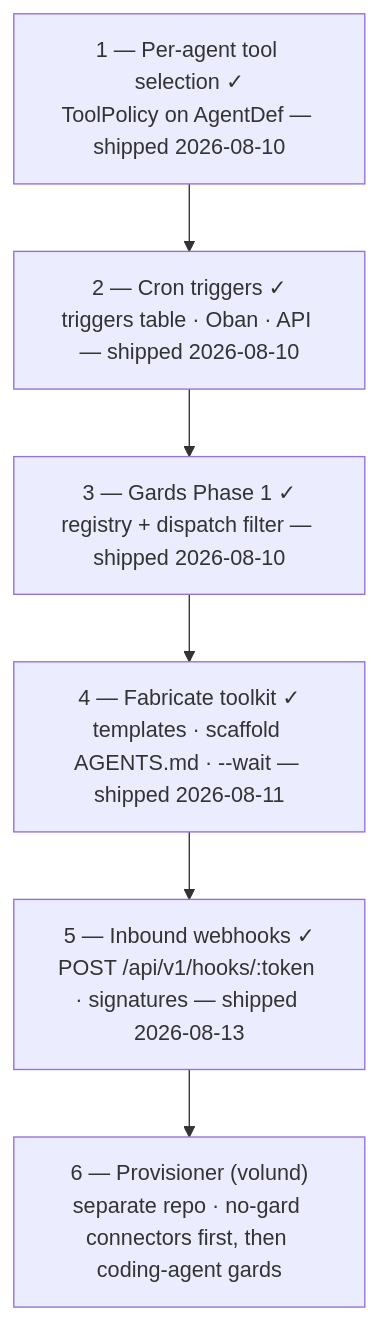
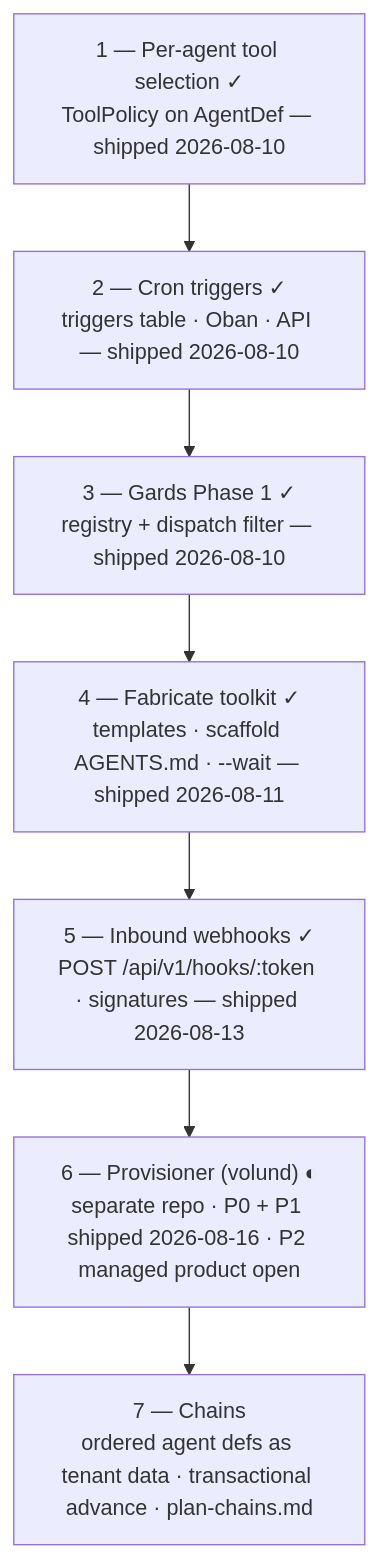
The diagram in docs/roadmap.md (amackera/norns), drawn with Mermaid before and after one commit. The commit also changed other lines of this file, not shown here.

First line of the commit message:
Roadmap v5: sequence chains as step 7

````diff
--- a/docs/roadmap.md
+++ b/docs/roadmap.md
@@ -56,10 +57,11 @@
 ```mermaid
 flowchart TB
     A["1 — Per-agent tool selection ✓<br/>ToolPolicy on AgentDef — shipped 2026-08-10"]
     B["2 — Cron triggers ✓<br/>triggers table · Oban · API — shipped 2026-08-10"]
     C["3 — Gards Phase 1 ✓<br/>registry + dispatch filter — shipped 2026-08-10"]
     D["4 — Fabricate toolkit ✓<br/>templates · scaffold AGENTS.md · --wait — shipped 2026-08-11"]
     E["5 — Inbound webhooks ✓<br/>POST /api/v1/hooks/:token · signatures — shipped 2026-08-13"]
-    F["6 — Provisioner (volund)<br/>separate repo · no-gard connectors first, then coding-agent gards"]
-    A --> B --> C --> D --> E --> F
+    F["6 — Provisioner (volund) ◐<br/>separate repo · P0 + P1 shipped 2026-08-16 · P2 managed product open"]
+    G["7 — Chains<br/>ordered agent defs as tenant data · transactional advance · plan-chains.md"]
+    A --> B --> C --> D --> E --> F --> G
 ```
````
